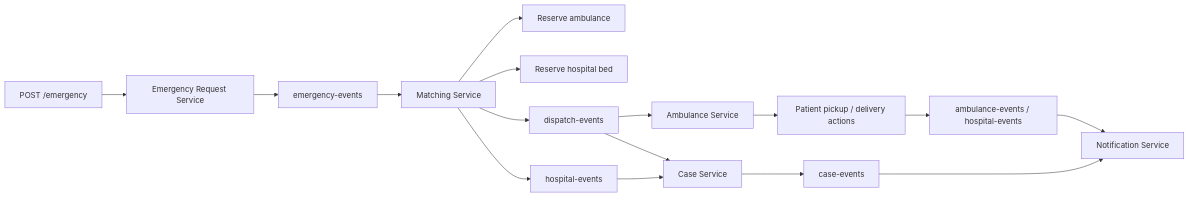
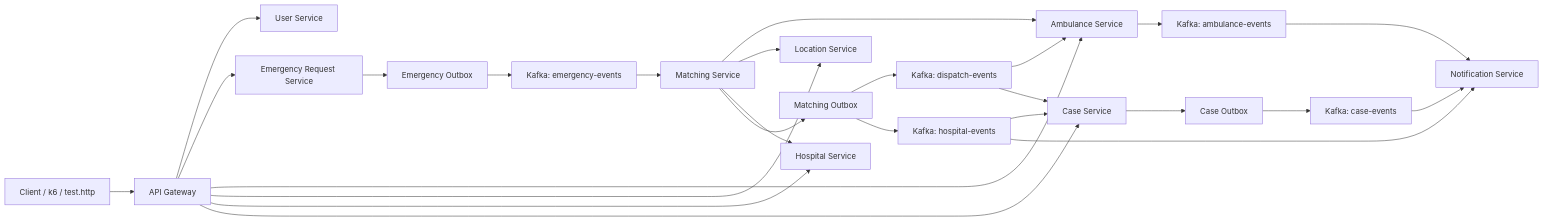
Before and after one commit to suryans77/Medical-Emergency-Coordination-System: the diagram in README.md, drawn with Mermaid. The commit also changed other lines of this file, not shown here.

````diff
--- a/README.md
+++ b/README.md
@@ -7,18 +7,32 @@
 ```mermaid
 flowchart LR
-    A["POST /emergency"] --> B["Emergency Request Service"]
-    B --> C["emergency-events"]
-    C --> D["Matching Service"]
-    D --> E["Reserve ambulance"]
-    D --> F["Reserve hospital bed"]
-    D --> G["dispatch-events"]
-    D --> H["hospital-events"]
-    G --> I["Ambulance Service"]
-    G --> J["Case Service"]
-    H --> J
-    J --> K["case-events"]
-    K --> L["Notification Service"]
-    I --> M["Patient pickup / delivery actions"]
-    M --> N["ambulance-events / hospital-events"]
-    N --> L
+    Client["Client / k6 / test.http"] --> Gateway["API Gateway"]
+    Gateway --> User["User Service"]
+    Gateway --> Emergency["Emergency Request Service"]
+    Gateway --> Ambulance["Ambulance Service"]
+    Gateway --> Location["Location Service"]
+    Gateway --> Hospital["Hospital Service"]
+    Gateway --> Case["Case Service"]
+
+    Emergency --> EmergencyOutbox["Emergency Outbox"]
+    EmergencyOutbox --> EmergencyTopic["Kafka: emergency-events"]
+    EmergencyTopic --> Matching["Matching Service"]
+
+    Matching --> Ambulance
+    Matching --> Location
+    Matching --> Hospital
+    Matching --> MatchingOutbox["Matching Outbox"]
+    MatchingOutbox --> DispatchTopic["Kafka: dispatch-events"]
+    MatchingOutbox --> HospitalTopic["Kafka: hospital-events"]
+
+    DispatchTopic --> Ambulance
+    DispatchTopic --> Case
+    HospitalTopic --> Case
+    Case --> CaseOutbox["Case Outbox"]
+    CaseOutbox --> CaseTopic["Kafka: case-events"]
+    CaseTopic --> Notification["Notification Service"]
+
+    Ambulance --> AmbulanceTopic["Kafka: ambulance-events"]
+    AmbulanceTopic --> Notification
+    HospitalTopic --> Notification
 ```
````
